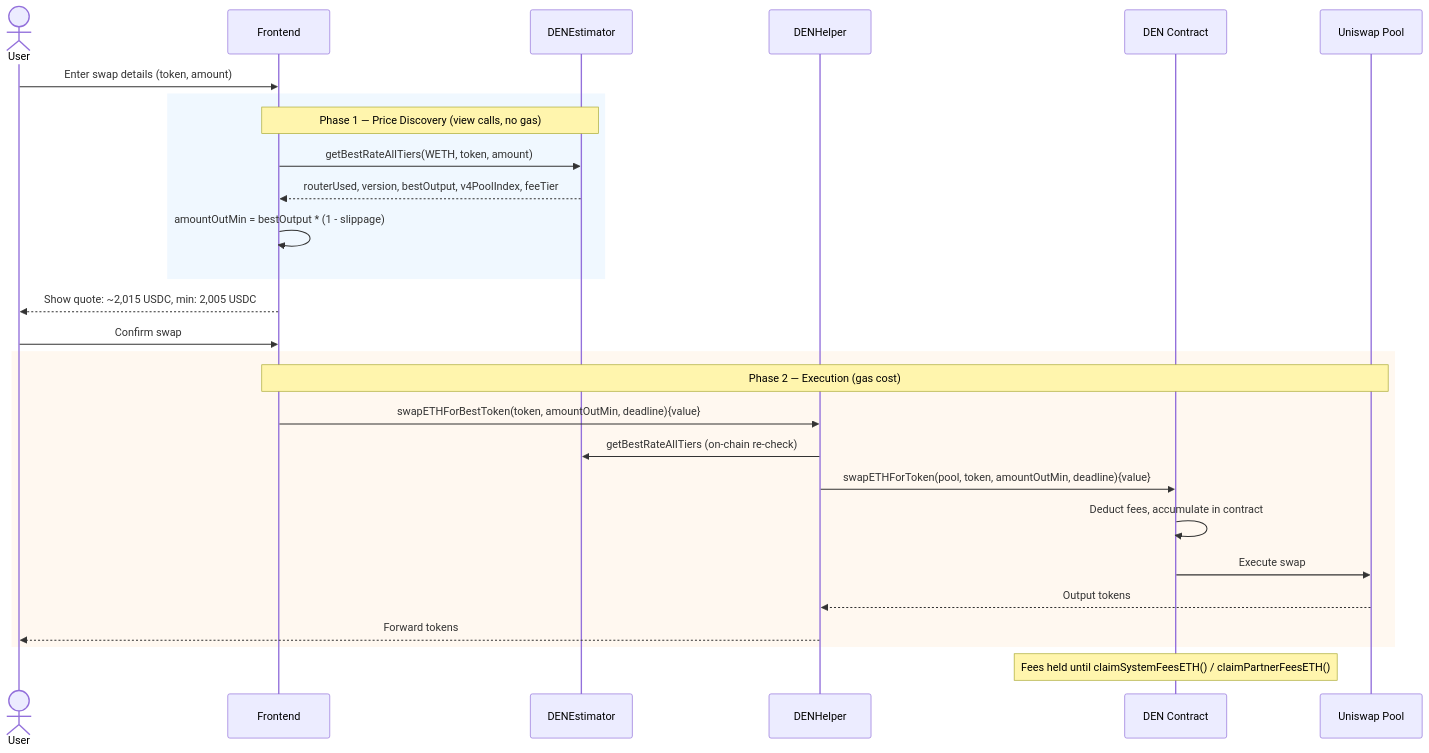
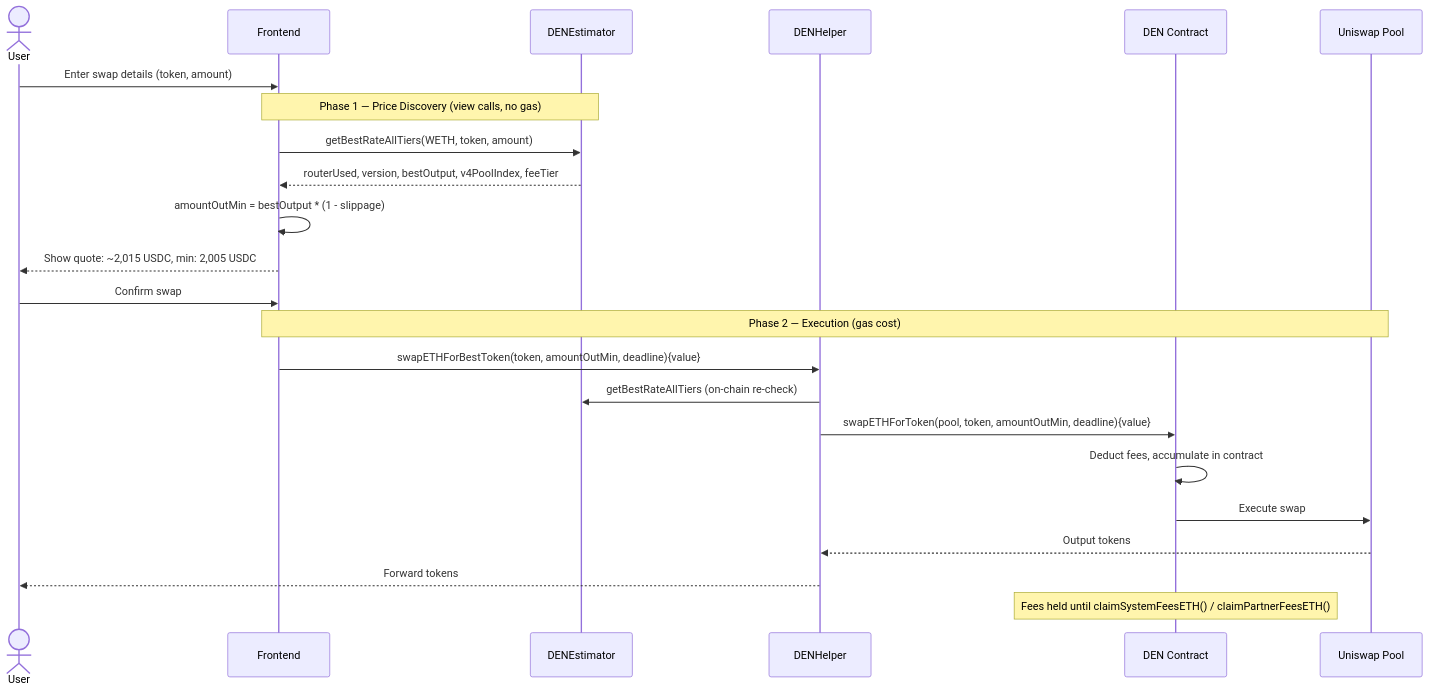
The second of 11 diagrams in README.md (davidwyly/DEN), drawn with Mermaid before and after one commit. The commit also changed other lines of this file, not shown here.

Commit message:
removed hardcoded colors from mermaid diagrams for dark mode support

````diff
--- a/README.md
+++ b/README.md
@@ -372,35 +372,31 @@
 ```mermaid
 sequenceDiagram
     actor User
     participant UI as Frontend
     participant EST as DENEstimator
     participant HELP as DENHelper
     participant DEN as DEN Contract
     participant Pool as Uniswap Pool
 
     User->>UI: Enter swap details (token, amount)
 
-    rect rgb(240, 248, 255)
-        Note over UI,EST: Phase 1 — Price Discovery (view calls, no gas)
+    Note over UI,EST: Phase 1 — Price Discovery (view calls, no gas)
         UI->>EST: getBestRateAllTiers(WETH, token, amount)
         EST-->>UI: routerUsed, version, bestOutput, v4PoolIndex, feeTier
         UI->>UI: amountOutMin = bestOutput * (1 - slippage)
-    end
 
     UI-->>User: Show quote: ~2,015 USDC, min: 2,005 USDC
 
     User->>UI: Confirm swap
 
-    rect rgb(255, 248, 240)
-        Note over UI,Pool: Phase 2 — Execution (gas cost)
+    Note over UI,Pool: Phase 2 — Execution (gas cost)
         UI->>HELP: swapETHForBestToken(token, amountOutMin, deadline){value}
         HELP->>EST: getBestRateAllTiers (on-chain re-check)
         HELP->>DEN: swapETHForToken(pool, token, amountOutMin, deadline){value}
         DEN->>DEN: Deduct fees, accumulate in contract
         DEN->>Pool: Execute swap
         Pool-->>HELP: Output tokens
         HELP-->>User: Forward tokens
-    end
 
     Note over DEN: Fees held until claimSystemFeesETH() / claimPartnerFeesETH()
 ```
````
